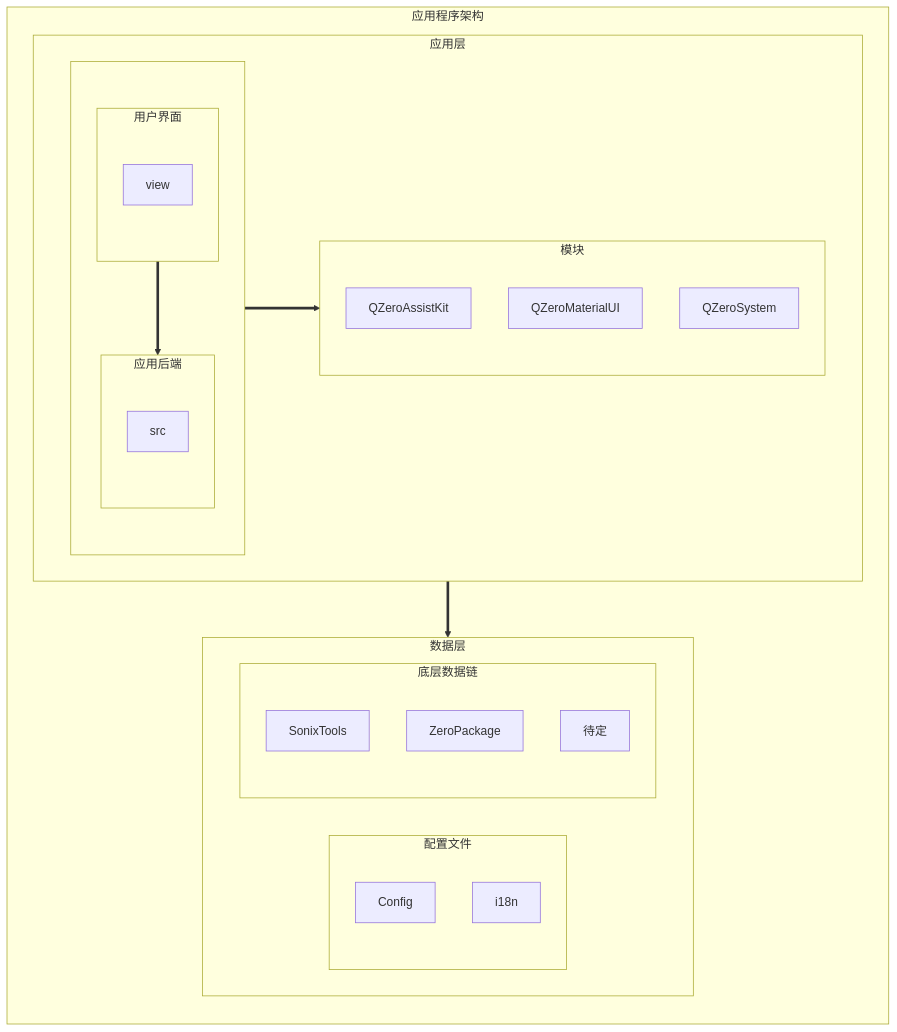
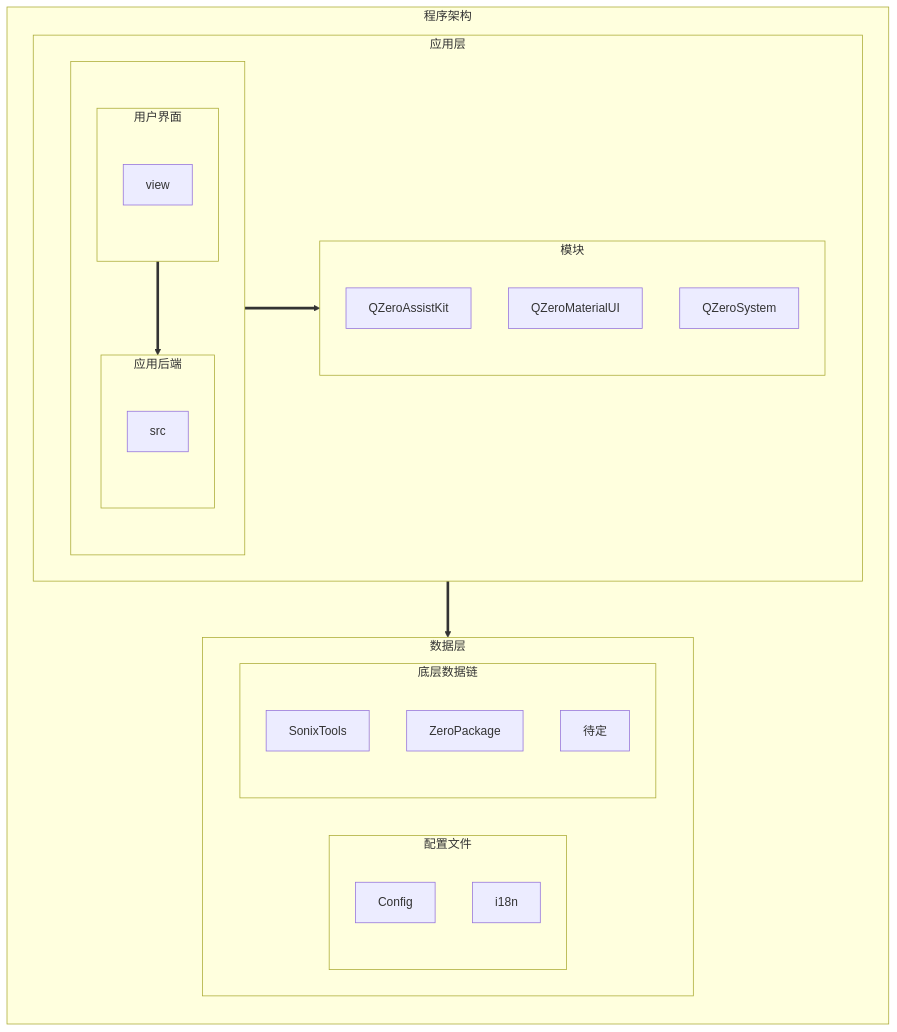
The diagram in doc/development/Development.md (Zerozany/SonixBeautyStudio), drawn with Mermaid before and after one commit. The commit also changed other lines of this file, not shown here.

Commit message:
feat:更新了开发手册、添加了目录结构示意图

````diff
--- a/doc/development/Development.md
+++ b/doc/development/Development.md
@@ -68,54 +74,54 @@
 ```mermaid
 flowchart TB
-    subgraph Application[应用程序架构]
+    subgraph Application[程序架构]
         direction TB
 
         subgraph AppLayers[应用层]
             direction LR
 
             subgraph AppViewBackend[ ]
                 direction TB
 
                 subgraph Frontend[用户界面]
                     direction TB
                     View[view]
                 end
 
                 subgraph Backend[应用后端]
                     direction TB
                     Src[src]
                 end
 
                 Frontend ==> Backend
             end
             
             subgraph AppModule[模块]
                 direction TB
                 QZeroAssistKit[QZeroAssistKit]
                 QZeroMaterialUI[QZeroMaterialUI]
                 QZeroSystem[QZeroSystem]
             end
 
             AppViewBackend ==> AppModule
         end
 
         subgraph DataLayers[数据层]
               direction LR
 
               subgraph ConfigFiles[配置文件]
                 direction TB
                 Config[Config]
                 i18n[i18n]
               end
 
               subgraph DataBottom[底层数据链]
                 direction TB
                 SonixTools[SonixTools]
                 ZeroPackage[ZeroPackage]
                 pending[待定]
               end
         end
 
         AppLayers ==> DataLayers
     end
 ```
````
